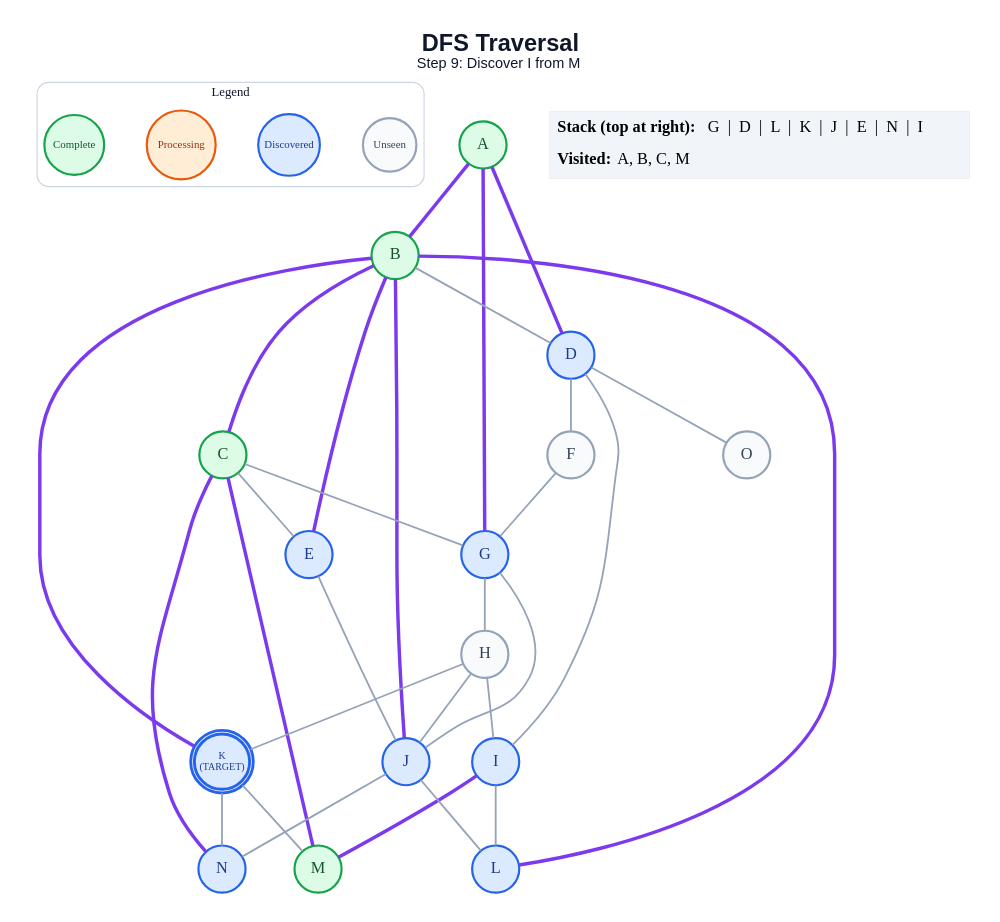
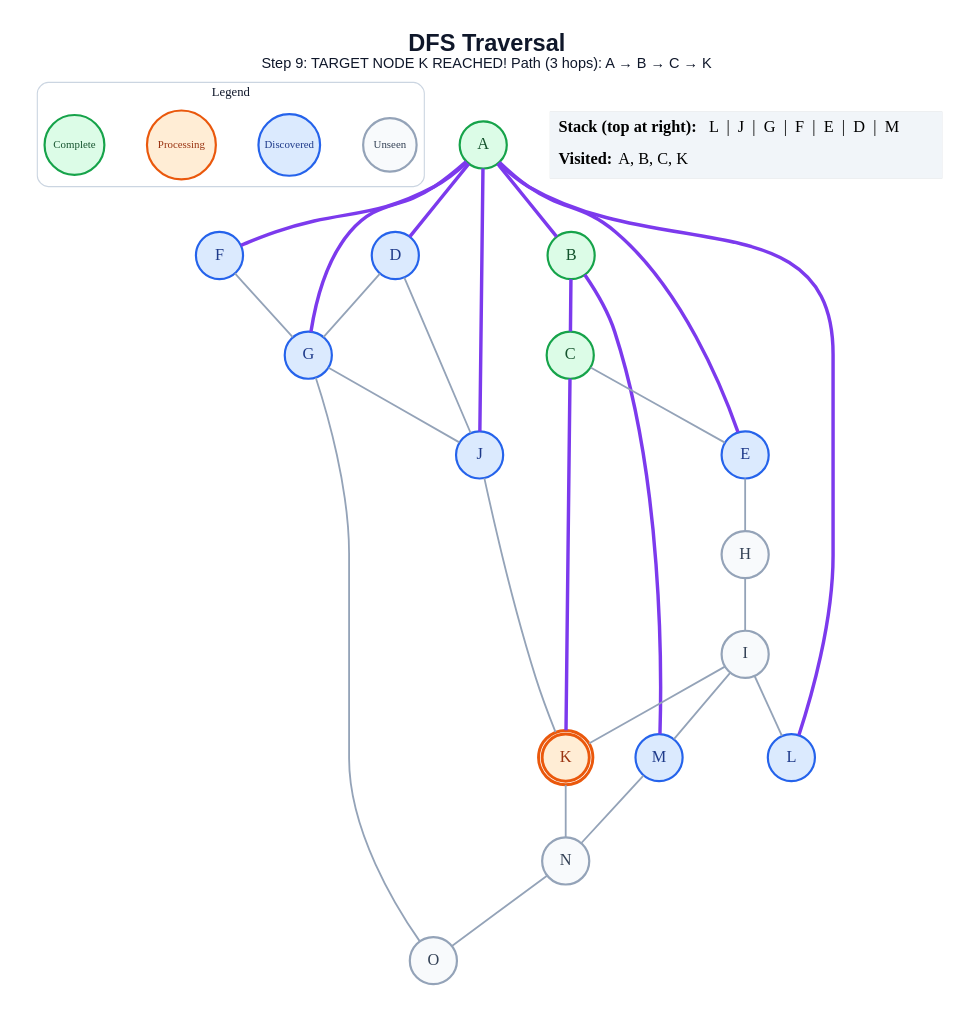
The diagram in generated/dfs/step_09.dot (anon7238593-create/ai-slop), drawn with Graphviz before and after one commit. The commit also changed 272 other files, not shown here.

```diff
--- a/generated/dfs/step_09.dot
+++ b/generated/dfs/step_09.dot
@@ -1,63 +1,59 @@
 graph traversal {
   graph [layout=dot, rankdir=TB, bgcolor="#FFFFFF", pad="0.35", nodesep="0.65", ranksep="0.8", fontname="Arial"];
   node [shape=circle, style="filled", fontname="Arial Bold", fontsize=18, width=0.72, fixedsize=true, penwidth=2.4];
   edge [color="#94A3B8", penwidth=2.0];
-  label=<<B>DFS Traversal</B><BR/><FONT POINT-SIZE="16">Step 9: Discover I from M</FONT>>; labelloc="t"; fontsize=26; fontname="Arial"; fontcolor="#0F172A";
+  label=<<B>DFS Traversal</B><BR/><FONT POINT-SIZE="16">Step 9: TARGET NODE K REACHED! Path (3 hops): A → B → C → K</FONT>>; labelloc="t"; fontsize=26; fontname="Arial"; fontcolor="#0F172A";
   subgraph cluster_legend { label="Legend"; color="#CBD5E1"; penwidth=1.2; style="rounded"; fontsize=14; fontname="Arial Bold";
     key_unseen [label="Unseen", fillcolor="#F8FAFC", color="#94A3B8", fontcolor="#334155", fontsize=12, width=0.82];
     key_frontier [label="Discovered", fillcolor="#DBEAFE", color="#2563EB", fontcolor="#1E3A8A", fontsize=12, width=0.95];
     key_current [label="Processing", fillcolor="#FFEDD5", color="#EA580C", fontcolor="#9A3412", fontsize=12, width=1.05];
     key_done [label="Complete", fillcolor="#DCFCE7", color="#16A34A", fontcolor="#14532D", fontsize=12, width=0.92];
     { rank=same; key_unseen; key_frontier; key_current; key_done; }
   }
   A [label="A", fillcolor="#DCFCE7", color="#16A34A", fontcolor="#14532D", peripheries=1, penwidth=2.4];
   B [label="B", fillcolor="#DCFCE7", color="#16A34A", fontcolor="#14532D", peripheries=1, penwidth=2.4];
   C [label="C", fillcolor="#DCFCE7", color="#16A34A", fontcolor="#14532D", peripheries=1, penwidth=2.4];
   D [label="D", fillcolor="#DBEAFE", color="#2563EB", fontcolor="#1E3A8A", peripheries=1, penwidth=2.4];
   E [label="E", fillcolor="#DBEAFE", color="#2563EB", fontcolor="#1E3A8A", peripheries=1, penwidth=2.4];
-  F [label="F", fillcolor="#F8FAFC", color="#94A3B8", fontcolor="#334155", peripheries=1, penwidth=2.4];
+  F [label="F", fillcolor="#DBEAFE", color="#2563EB", fontcolor="#1E3A8A", peripheries=1, penwidth=2.4];
   G [label="G", fillcolor="#DBEAFE", color="#2563EB", fontcolor="#1E3A8A", peripheries=1, penwidth=2.4];
   H [label="H", fillcolor="#F8FAFC", color="#94A3B8", fontcolor="#334155", peripheries=1, penwidth=2.4];
-  I [label="I", fillcolor="#DBEAFE", color="#2563EB", fontcolor="#1E3A8A", peripheries=1, penwidth=2.4];
+  I [label="I", fillcolor="#F8FAFC", color="#94A3B8", fontcolor="#334155", peripheries=1, penwidth=2.4];
   J [label="J", fillcolor="#DBEAFE", color="#2563EB", fontcolor="#1E3A8A", peripheries=1, penwidth=2.4];
-  K [label="K\n(TARGET)", fillcolor="#DBEAFE", color="#2563EB", fontcolor="#1E3A8A", peripheries=2, penwidth=3.2, fontsize=11, width=0.85, height=0.85];
+  K [label="K", fillcolor="#FFEDD5", color="#EA580C", fontcolor="#9A3412", peripheries=2, penwidth=3.2];
   L [label="L", fillcolor="#DBEAFE", color="#2563EB", fontcolor="#1E3A8A", peripheries=1, penwidth=2.4];
-  M [label="M", fillcolor="#DCFCE7", color="#16A34A", fontcolor="#14532D", peripheries=1, penwidth=2.4];
-  N [label="N", fillcolor="#DBEAFE", color="#2563EB", fontcolor="#1E3A8A", peripheries=1, penwidth=2.4];
+  M [label="M", fillcolor="#DBEAFE", color="#2563EB", fontcolor="#1E3A8A", peripheries=1, penwidth=2.4];
+  N [label="N", fillcolor="#F8FAFC", color="#94A3B8", fontcolor="#334155", peripheries=1, penwidth=2.4];
   O [label="O", fillcolor="#F8FAFC", color="#94A3B8", fontcolor="#334155", peripheries=1, penwidth=2.4];
   A -- B [color="#7C3AED", penwidth=3.8];
   A -- D [color="#7C3AED", penwidth=3.8];
+  A -- E [color="#7C3AED", penwidth=3.8];
+  A -- F [color="#7C3AED", penwidth=3.8];
   A -- G [color="#7C3AED", penwidth=3.8];
+  A -- J [color="#7C3AED", penwidth=3.8];
+  A -- L [color="#7C3AED", penwidth=3.8];
   B -- C [color="#7C3AED", penwidth=3.8];
-  B -- D;
-  B -- E [color="#7C3AED", penwidth=3.8];
-  B -- J [color="#7C3AED", penwidth=3.8];
-  B -- K [color="#7C3AED", penwidth=3.8];
-  B -- L [color="#7C3AED", penwidth=3.8];
+  B -- M [color="#7C3AED", penwidth=3.8];
   C -- E;
-  C -- G;
-  C -- M [color="#7C3AED", penwidth=3.8];
-  C -- N [color="#7C3AED", penwidth=3.8];
-  D -- F;
-  D -- I;
-  D -- O;
-  E -- J;
+  C -- K [color="#7C3AED", penwidth=3.8];
+  D -- G;
+  D -- J;
+  E -- H;
   F -- G;
-  G -- H;
   G -- J;
+  G -- O;
   H -- I;
-  H -- J;
-  H -- K;
+  I -- K;
   I -- L;
-  I -- M [color="#7C3AED", penwidth=3.8];
-  J -- L;
-  J -- N;
-  K -- M;
+  I -- M;
+  J -- K;
   K -- N;
+  M -- N;
+  N -- O;
   status [shape=plain, fixedsize=false, width=0, height=0, margin=0, label=<
     <TABLE BORDER="0" CELLBORDER="0" CELLPADDING="7" BGCOLOR="#F1F5F9">
-      <TR><TD ALIGN="LEFT"><B>Stack (top at right):</B> G  |  D  |  L  |  K  |  J  |  E  |  N  |  I</TD></TR>
-      <TR><TD ALIGN="LEFT"><B>Visited:</B> A, B, C, M</TD></TR>
+      <TR><TD ALIGN="LEFT"><B>Stack (top at right):</B> L  |  J  |  G  |  F  |  E  |  D  |  M</TD></TR>
+      <TR><TD ALIGN="LEFT"><B>Visited:</B> A, B, C, K</TD></TR>
     </TABLE>
   >];
 }
```
